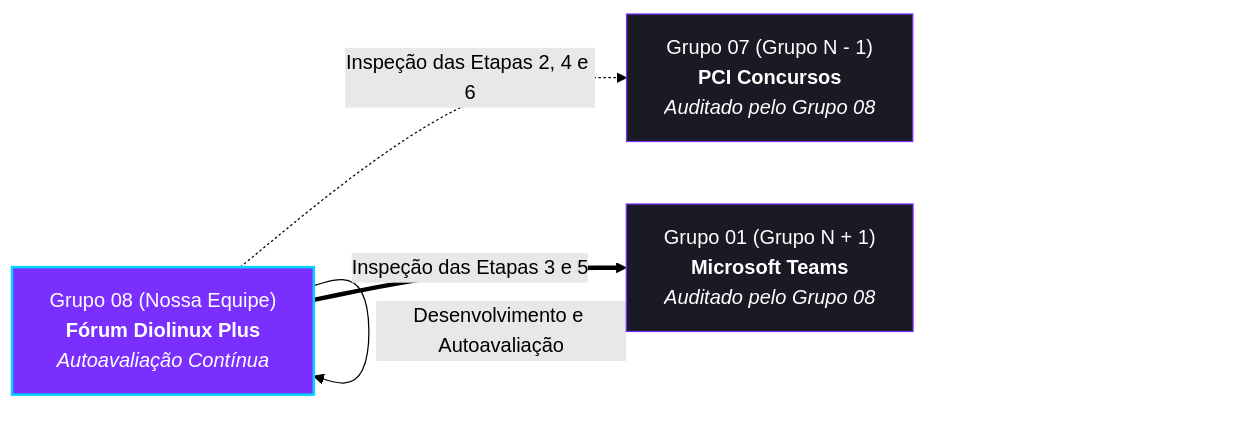
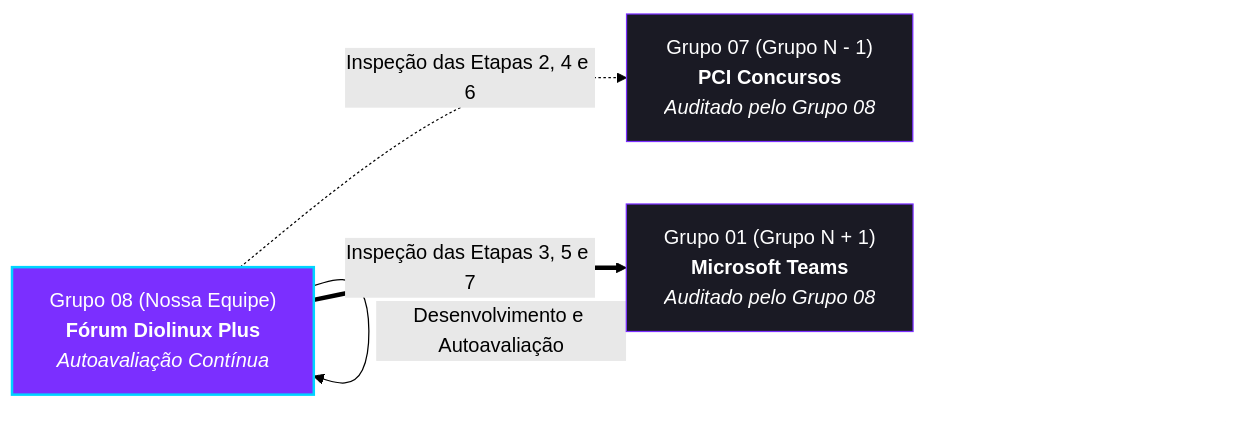
Before and after one commit to Interacao-Humano-Computador/2026.2-Grupo08: the diagram in docs/verificacao/index.md, drawn with Mermaid (forest theme). The commit also changed other lines of this file and 2 other files, not shown here.

````diff
--- a/docs/verificacao/index.md
+++ b/docs/verificacao/index.md
@@ -39,15 +39,15 @@
 ```mermaid
 flowchart LR
     G07["Grupo 07 (Grupo N - 1)<br/><b>PCI Concursos</b><br/><i>Auditado pelo Grupo 08</i>"]
     G08["Grupo 08 (Nossa Equipe)<br/><b>Fórum Diolinux Plus</b><br/><i>Autoavaliação Contínua</i>"]
     G01["Grupo 01 (Grupo N + 1)<br/><b>Microsoft Teams</b><br/><i>Auditado pelo Grupo 08</i>"]
 
     G08 -.->|"Inspeção das Etapas 2, 4 e 6"| G07
     G08 -->|"Desenvolvimento e Autoavaliação"| G08
-    G08 ==>|"Inspeção das Etapas 3 e 5"| G01
+    G08 ==>|"Inspeção das Etapas 3, 5 e 7"| G01
 
     classDef active fill:#7B2FFF,stroke:#00D4FF,stroke-width:2px,color:#fff;
     classDef peer fill:#1A1A24,stroke:#7B2FFF,stroke-width:1px,color:#fff;
     class G08 active;
     class G07,G01 peer;
 ```
````
